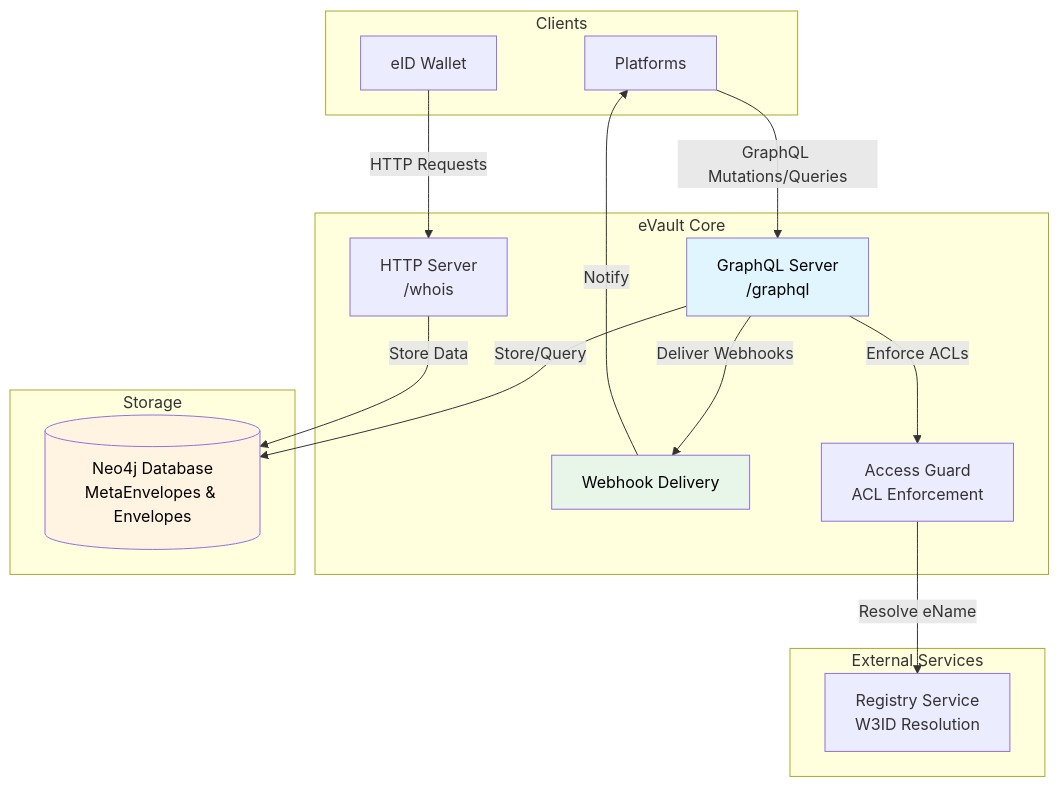
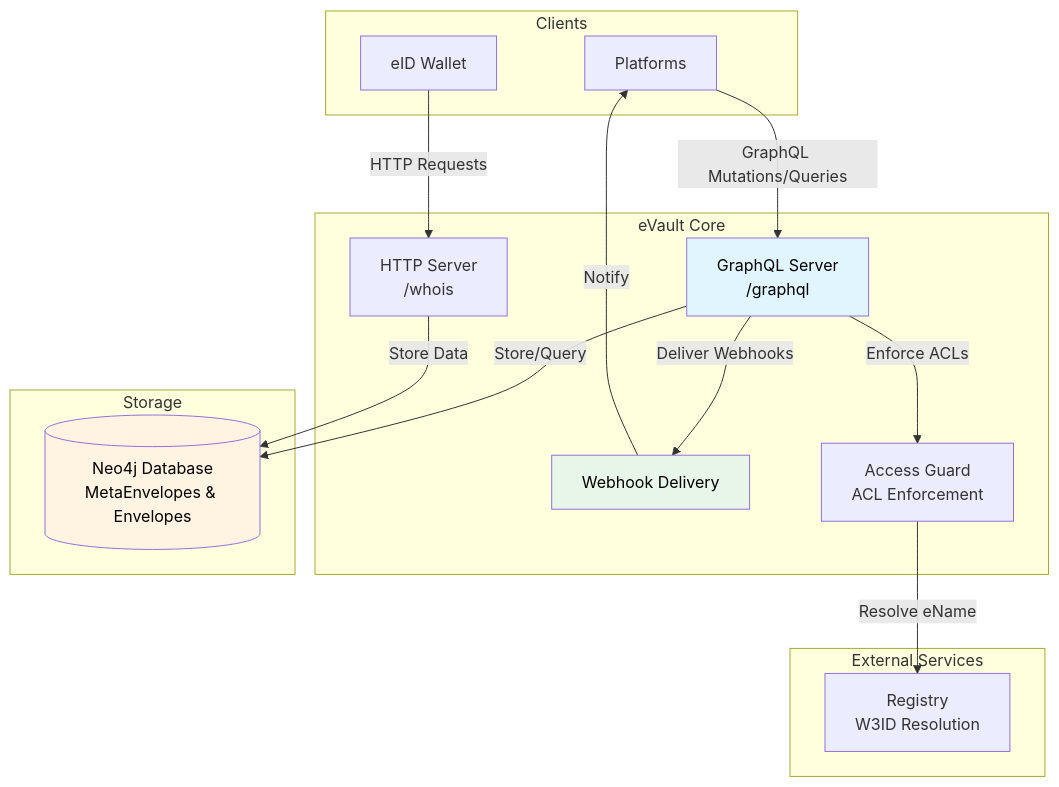
One commit to MetaState-Prototype-Project/prototype changed the diagram in docs/docs/Infrastructure/eVault.md. Above: the diagram before and after it, drawn with Mermaid. The commit also changed other lines of this file and 16 other files, not shown here.

````diff
--- a/docs/docs/Infrastructure/eVault.md
+++ b/docs/docs/Infrastructure/eVault.md
@@ -24,35 +24,35 @@
 ```mermaid
 graph TB
     subgraph Client["Clients"]
         Platform[Platforms]
         Wallet[eID Wallet]
     end
 
     subgraph EVaultCore["eVault Core"]
         GraphQL[GraphQL Server<br/>/graphql]
         HTTP[HTTP Server<br/>/whois]
         Webhook[Webhook Delivery]
         AccessGuard[Access Guard<br/>ACL Enforcement]
     end
 
     subgraph Storage["Storage"]
         Neo4j[(Neo4j Database<br/>MetaEnvelopes & Envelopes)]
     end
 
     subgraph External["External Services"]
-        Registry[Registry Service<br/>W3ID Resolution]
+        Registry[Registry<br/>W3ID Resolution]
     end
 
     Platform -->|GraphQL Mutations/Queries| GraphQL
     Wallet -->|HTTP Requests| HTTP
     GraphQL -->|Enforce ACLs| AccessGuard
     GraphQL -->|Store/Query| Neo4j
     GraphQL -->|Deliver Webhooks| Webhook
     Webhook -->|Notify| Platform
     AccessGuard -->|Resolve eName| Registry
     HTTP -->|Store Data| Neo4j
 
     style GraphQL fill:#e1f5ff,color:#000000
     style Neo4j fill:#fff4e1,color:#000000
     style Webhook fill:#e8f5e9,color:#000000
 ```
````
